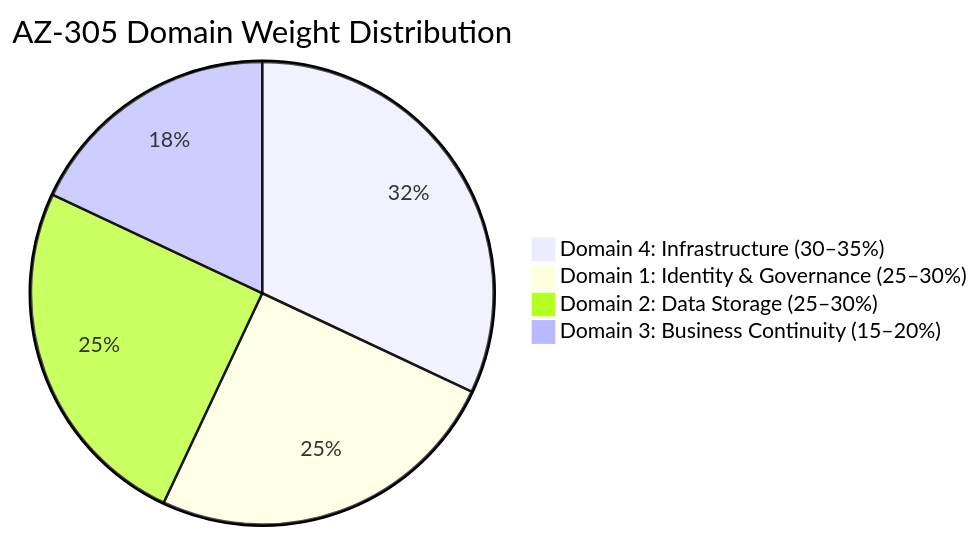
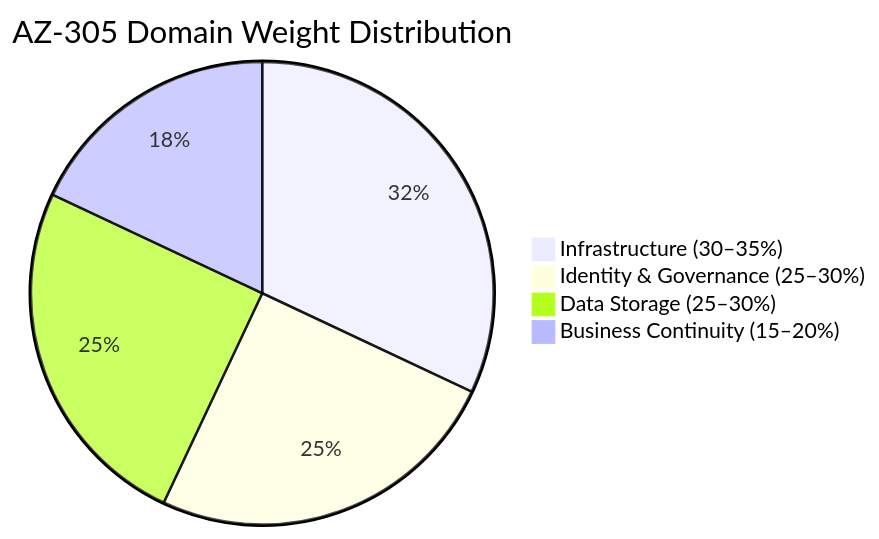
Before and after one commit to marcogrimaldi29/az-305-study-notes: the first of 3 diagrams in 06-quick-reference-cheatsheet.md, drawn with Mermaid. The commit also changed other lines of this file and 2 other files, not shown here.

Commit message:
Consolidated content format

````diff
--- a/06-quick-reference-cheatsheet.md
+++ b/06-quick-reference-cheatsheet.md
@@ -27,7 +27,7 @@
 ```mermaid
 pie title AZ-305 Domain Weight Distribution
-    "Domain 4: Infrastructure (30–35%)" : 32
-    "Domain 1: Identity & Governance (25–30%)" : 25
-    "Domain 2: Data Storage (25–30%)" : 25
-    "Domain 3: Business Continuity (15–20%)" : 18
+    " Infrastructure (30–35%)" : 32
+    " Identity & Governance (25–30%)" : 25
+    " Data Storage (25–30%)" : 25
+    " Business Continuity (15–20%)" : 18
 ```
````
